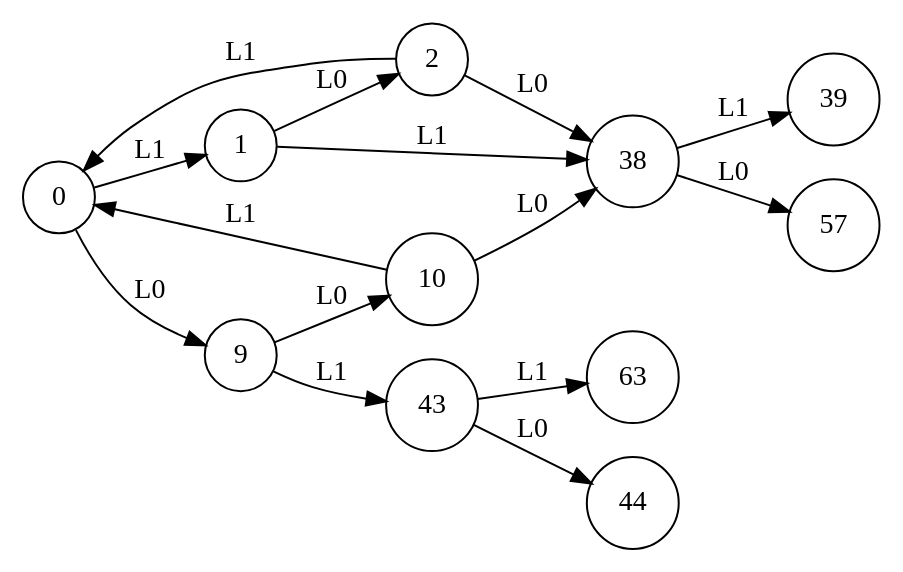
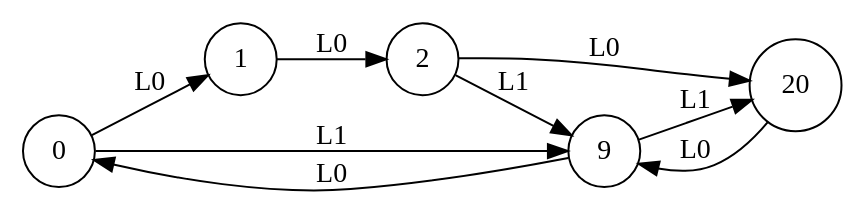
Before and after one commit to k85-ai/KB1: the diagram in learning_E0/learnt-automaton_5_2_2_3~1.dot, drawn with Graphviz. The commit also changed 403 other files, not shown here.

Commit message:
rerun basic edsm model and upload figure

```diff
--- a/learning_E0/learnt-automaton_5_2_2_3~1.dot
+++ b/learning_E0/learnt-automaton_5_2_2_3~1.dot
@@ -1,28 +1,16 @@
 digraph learntMachine {
   rankdir=LR;
   0 [shape=circle, label="0"];
   1 [shape=circle, label="1"];
   2 [shape=circle, label="2"];
   9 [shape=circle, label="9"];
-  10 [shape=circle, label="10"];
-  38 [shape=circle, label="38"];
-  39 [shape=circle, label="39"];
-  43 [shape=circle, label="43"];
-  44 [shape=circle, label="44"];
-  57 [shape=circle, label="57"];
-  63 [shape=circle, label="63"];
-  0 -> 1 [label="L1"];
+  20 [shape=circle, label="20"];
+  0 -> 1 [label="L0"];
   1 -> 2 [label="L0"];
-  2 -> 0 [label="L1"];
-  0 -> 9 [label="L0"];
-  9 -> 10 [label="L0"];
-  10 -> 0 [label="L1"];
-  10 -> 38 [label="L0"];
-  1 -> 38 [label="L1"];
-  38 -> 39 [label="L1"];
-  9 -> 43 [label="L1"];
-  43 -> 44 [label="L0"];
-  2 -> 38 [label="L0"];
-  38 -> 57 [label="L0"];
-  43 -> 63 [label="L1"];
+  2 -> 20 [label="L0"];
+  0 -> 9 [label="L1"];
+  9 -> 0 [label="L0"];
+  9 -> 20 [label="L1"];
+  20 -> 9 [label="L0"];
+  2 -> 9 [label="L1"];
 }
```
